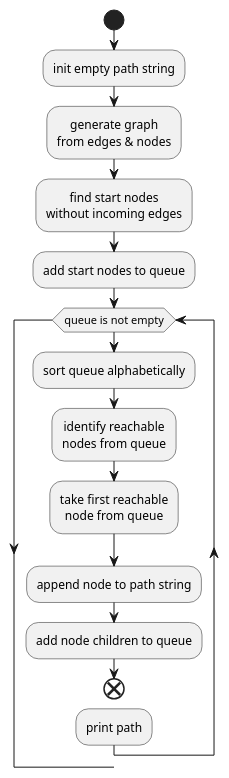
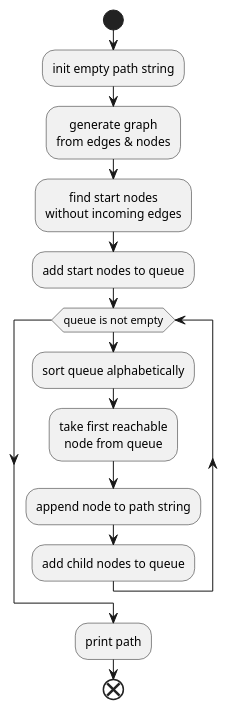
One commit to rdmueller/aoc-2018 changed the first of 2 diagrams in day07/go/anoff/README.adoc. Above: the diagram before and after it, drawn with PlantUML.

Commit message:
:ant: fix: docs

```diff
--- a/day07/go/anoff/README.adoc
+++ b/day07/go/anoff/README.adoc
@@ -6,25 +6,24 @@
 [plantuml, day07-part1, png]
 ....
 @startuml
 skinparam defaulttextalignment center
 skinparam monochrome true
 skinparam shadowing false
 start
 :init empty path string;
 :generate graph
 from edges & nodes;
 :find start nodes
 without incoming edges;
 :add start nodes to queue;
 while (queue is not empty)
   :sort queue alphabetically;
-  :identify reachable
-  nodes from queue;
   :take first reachable
   node from queue;
   :append node to path string;
-  :add node children to queue;
+  :add child nodes to queue;
+endwhile
+:print path;
 end
-:print path;
 @enduml
 ....
```
